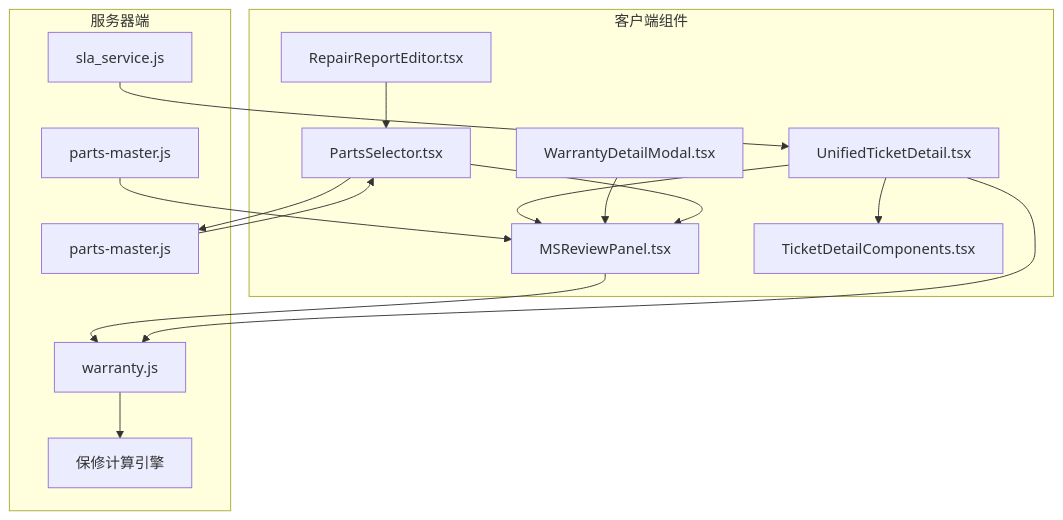
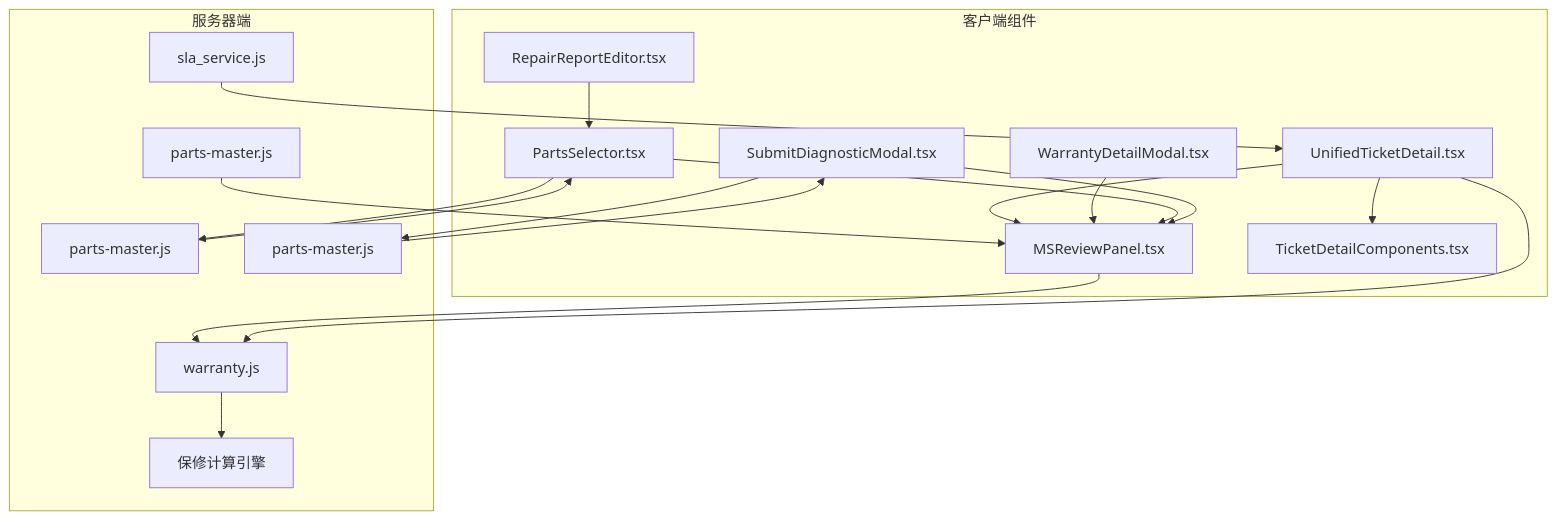
One commit to CubeEdge/Longhorn changed the first of 10 diagrams in .qoder/repowiki/zh/content/前端组件架构/服务工作流增强/MSReviewPanel 评审面板.md. Above: the diagram before and after it, drawn with Mermaid. The commit also changed other lines of this file and 29 other files, not shown here.

````diff
--- a/.qoder/repowiki/zh/content/前端组件架构/服务工作流增强/MSReviewPanel 评审面板.md
+++ b/.qoder/repowiki/zh/content/前端组件架构/服务工作流增强/MSReviewPanel 评审面板.md
@@ -46,19 +49,22 @@
 ```mermaid
 graph TB
 subgraph "客户端组件"
 A[UnifiedTicketDetail.tsx] --> B[MSReviewPanel.tsx]
 A --> C[TicketDetailComponents.tsx]
 D[WarrantyDetailModal.tsx] --> B
 E[PartsSelector.tsx] --> B
 F[RepairReportEditor.tsx] --> E
+G[SubmitDiagnosticModal.tsx] --> B
 end
 subgraph "服务器端"
-G[warranty.js] --> H[保修计算引擎]
-I[sla_service.js] --> A
-J[parts-master.js] --> E
-K[parts-master.js] --> B
+H[warranty.js] --> I[保修计算引擎]
+J[sla_service.js] --> A
+K[parts-master.js] --> E
+L[parts-master.js] --> B
+M[parts-master.js] --> G
 end
-B --> G
-A --> G
-E --> J
+B --> H
+A --> H
+E --> K
+G --> M
 ```
````
